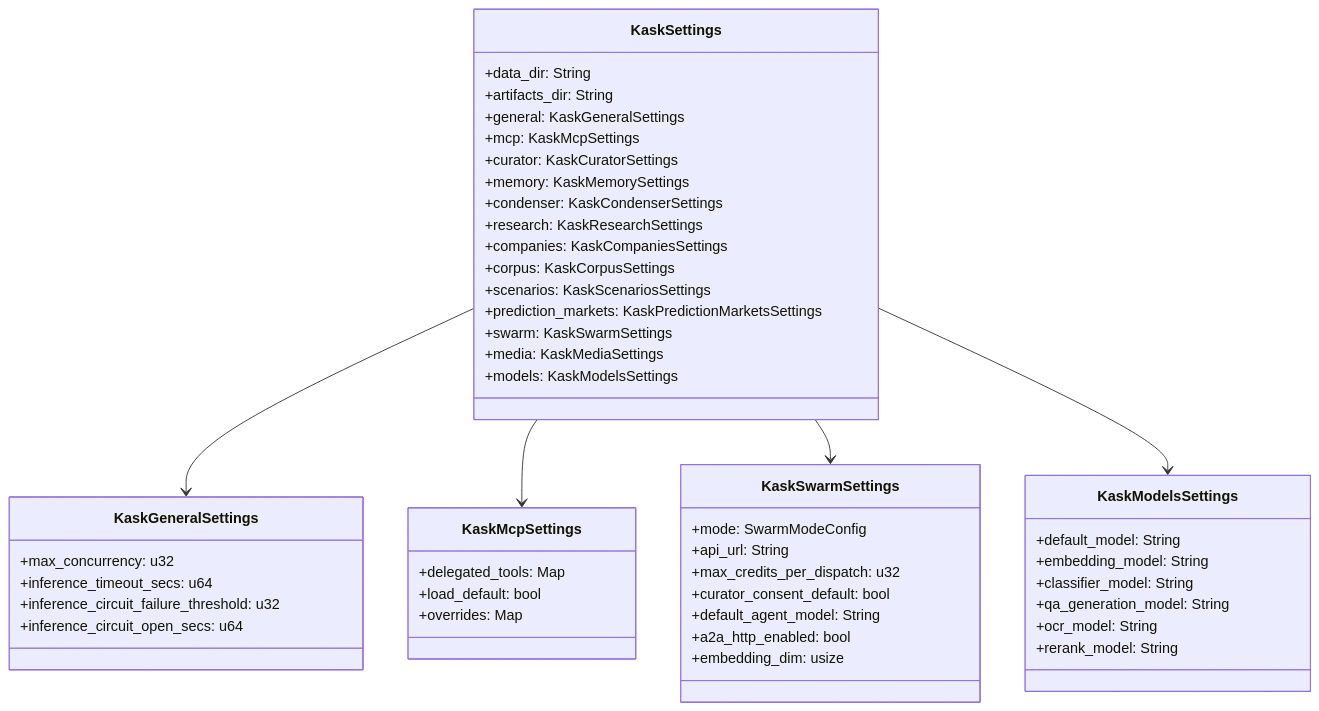
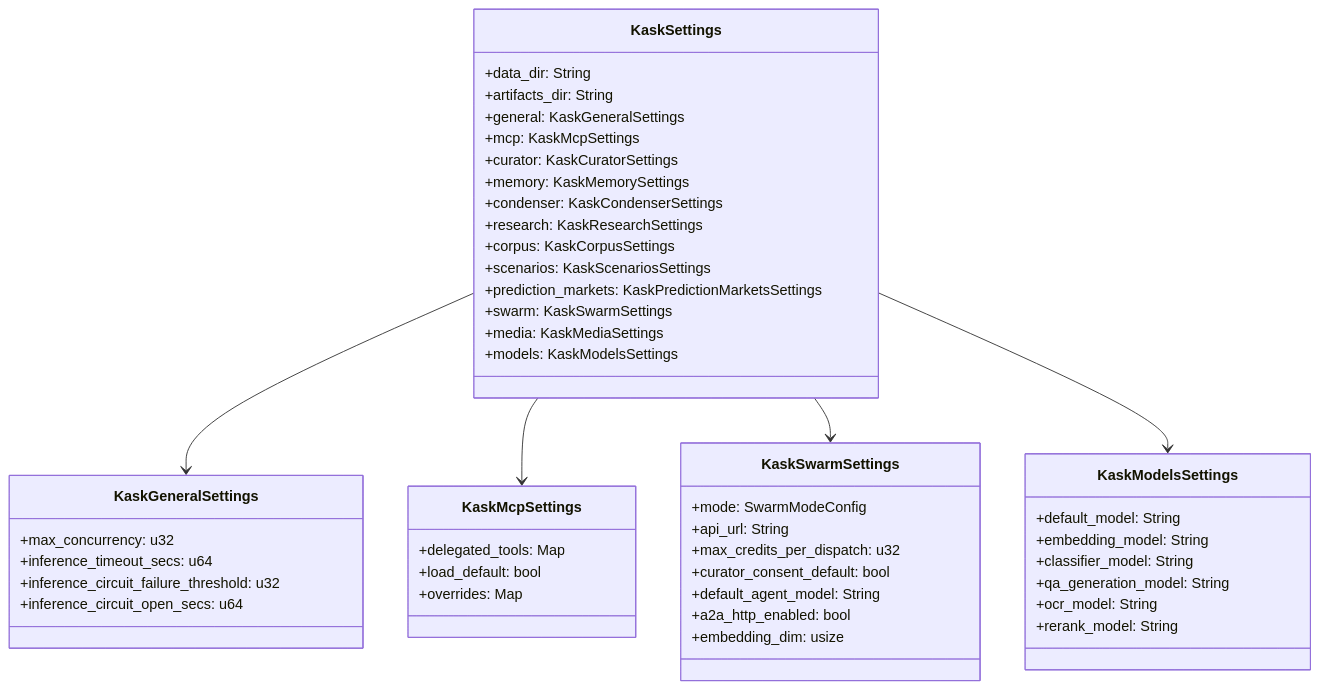
The first of 3 diagrams in kask/docs/diataxis/kask_bridge/reference.md (mdz-axo/zed-kask), drawn with Mermaid before and after one commit. The commit also changed other lines of this file and 28 other files, not shown here.

First line of the commit message:
Pin tool wire schema; refresh docs and citations

````diff
--- a/kask/docs/diataxis/kask_bridge/reference.md
+++ b/kask/docs/diataxis/kask_bridge/reference.md
@@ -44,52 +46,51 @@
 ```mermaid
 classDiagram
     class KaskSettings {
         +data_dir: String
         +artifacts_dir: String
         +general: KaskGeneralSettings
         +mcp: KaskMcpSettings
         +curator: KaskCuratorSettings
         +memory: KaskMemorySettings
         +condenser: KaskCondenserSettings
         +research: KaskResearchSettings
-        +companies: KaskCompaniesSettings
         +corpus: KaskCorpusSettings
         +scenarios: KaskScenariosSettings
         +prediction_markets: KaskPredictionMarketsSettings
         +swarm: KaskSwarmSettings
         +media: KaskMediaSettings
         +models: KaskModelsSettings
     }
     class KaskGeneralSettings {
         +max_concurrency: u32
         +inference_timeout_secs: u64
         +inference_circuit_failure_threshold: u32
         +inference_circuit_open_secs: u64
     }
     class KaskMcpSettings {
         +delegated_tools: Map
         +load_default: bool
         +overrides: Map
     }
     class KaskSwarmSettings {
         +mode: SwarmModeConfig
         +api_url: String
         +max_credits_per_dispatch: u32
         +curator_consent_default: bool
         +default_agent_model: String
         +a2a_http_enabled: bool
         +embedding_dim: usize
     }
     class KaskModelsSettings {
         +default_model: String
         +embedding_model: String
         +classifier_model: String
         +qa_generation_model: String
         +ocr_model: String
         +rerank_model: String
     }
     KaskSettings --> KaskGeneralSettings
     KaskSettings --> KaskMcpSettings
     KaskSettings --> KaskSwarmSettings
     KaskSettings --> KaskModelsSettings
 ```
````
